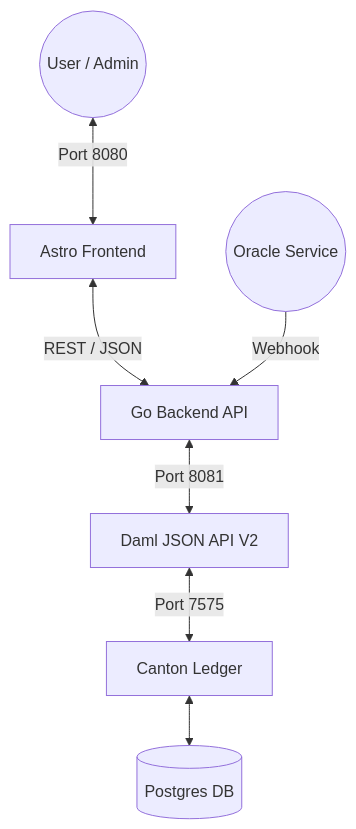
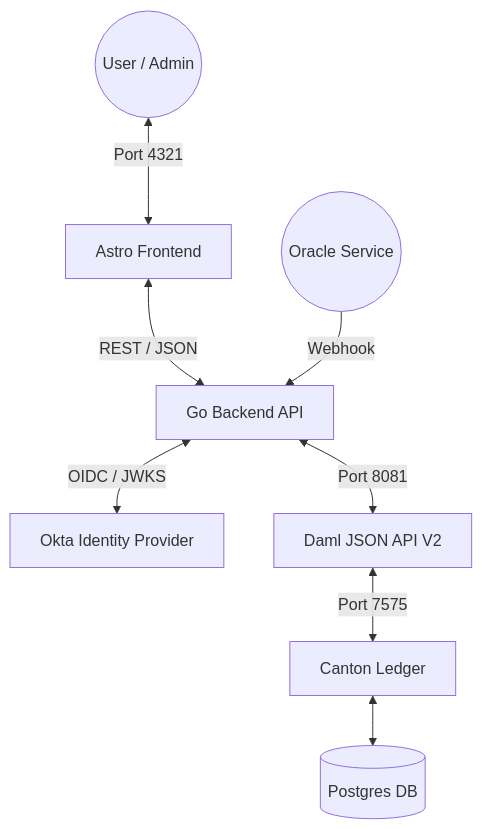
Before and after one commit to dhushon/daml-escrow: the first of 2 diagrams in README.md, drawn with Mermaid. The commit also changed other lines of this file and 10 other files, not shown here.

````diff
--- a/README.md
+++ b/README.md
@@ -15,9 +15,10 @@
 ```mermaid
 graph TD
-    User((User / Admin)) <-->|Port 8080| Astro[Astro Frontend]
+    User((User / Admin)) <-->|Port 4321| Astro[Astro Frontend]
     Astro <-->|REST / JSON| Go[Go Backend API]
+    Go <-->|OIDC / JWKS| Okta[Okta Identity Provider]
     Go <-->|Port 8081| JSON[Daml JSON API V2]
     JSON <-->|Port 7575| Canton[Canton Ledger]
     Canton <--> DB[(Postgres DB)]
     Oracle((Oracle Service)) -->|Webhook| Go
 ```
````
